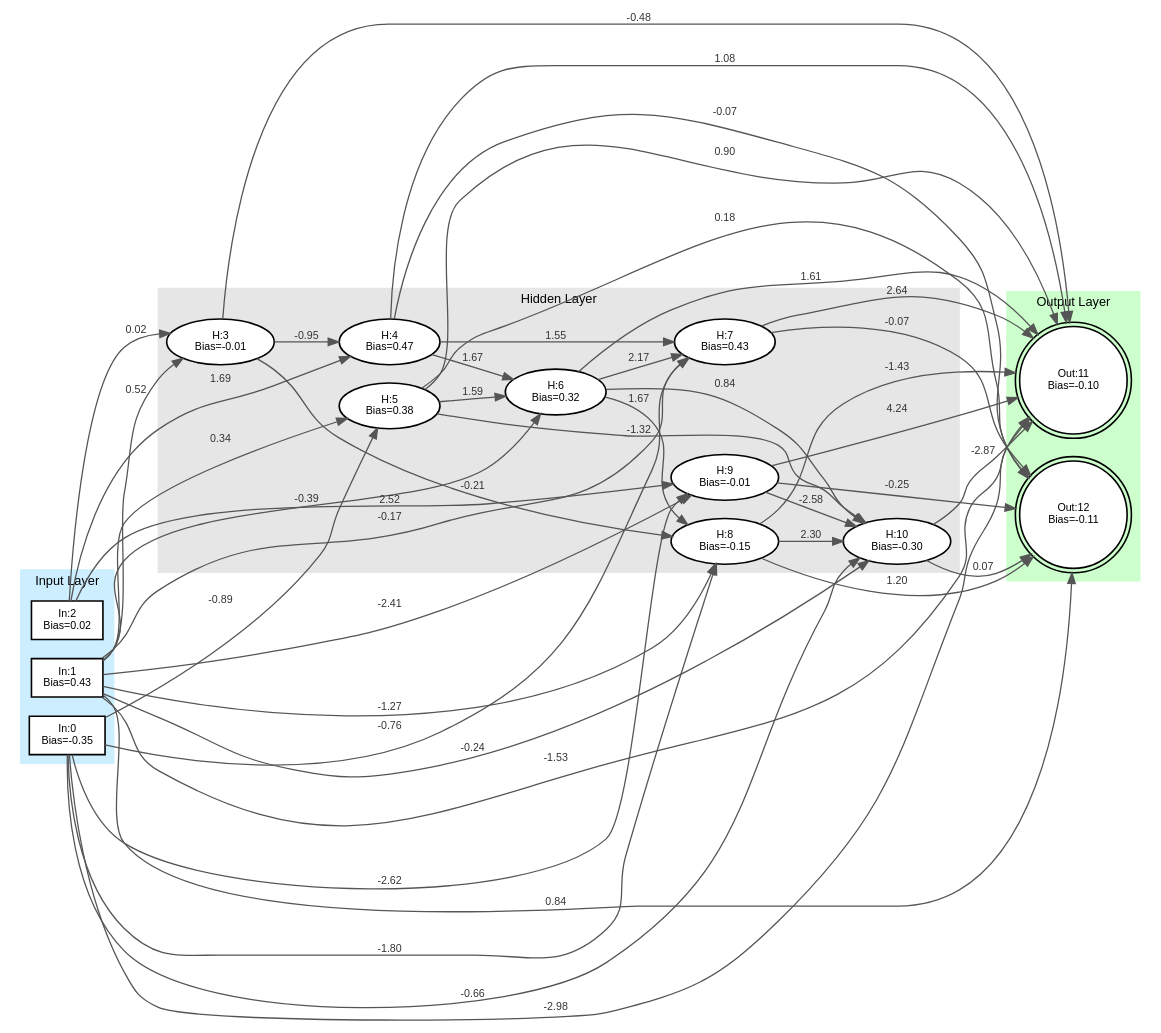
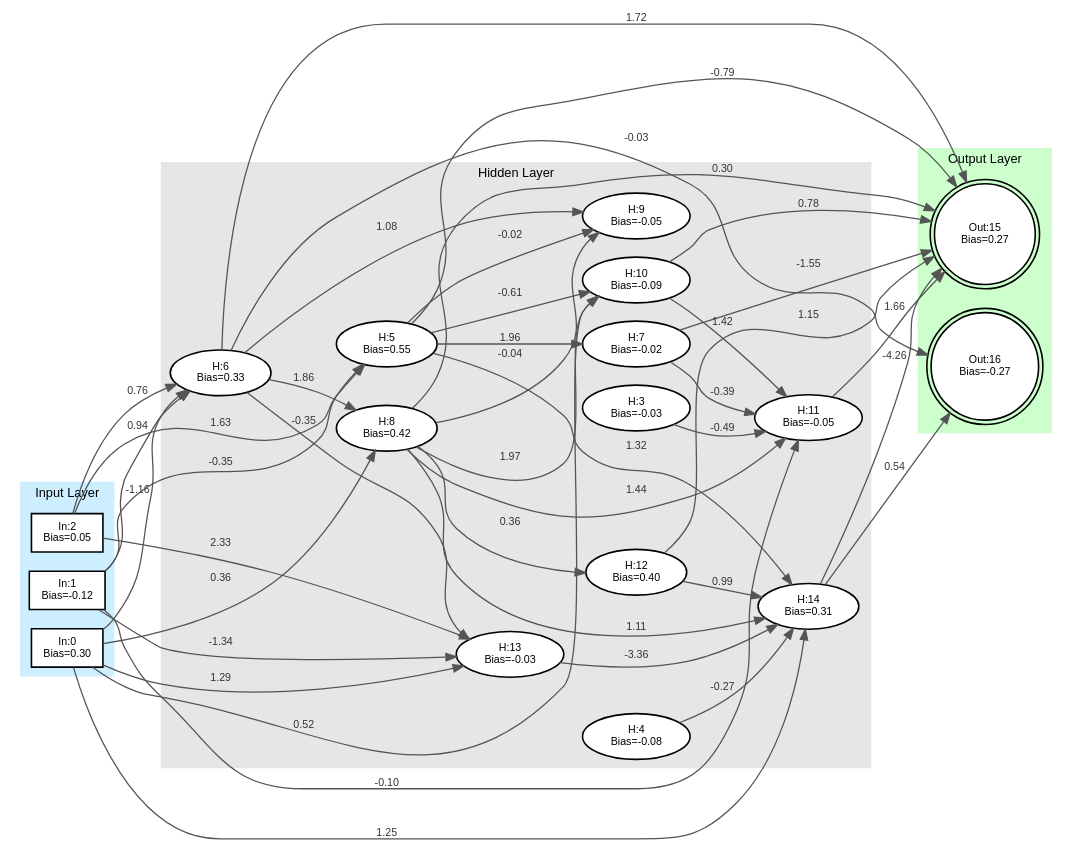
Before and after one commit to Apoxtrophe/MiNET_AI: the diagram in best_network.dot, drawn with Graphviz. The commit also changed 1 other file, not shown here.

```diff
--- a/best_network.dot
+++ b/best_network.dot
@@ -1,95 +1,96 @@
 digraph Minet {
     // Use left-to-right orientation
     rankdir=LR;
     graph [layout=dot, fontname="Helvetica", fontsize=12];
     node [fontname="Helvetica", fontsize=10];
     edge [fontname="Helvetica", fontsize=10];
 
     subgraph cluster_inputs {
         style=filled;
         color="#cceeff";
         penwidth=1.5;
         label="Input Layer";
         labelloc="top";
         labeljust="center";
         rank=same;
-        neuron_0 [shape=box, style=filled, fillcolor=white, penwidth=1.5, label="In:0\nBias=-0.35"];
-        neuron_1 [shape=box, style=filled, fillcolor=white, penwidth=1.5, label="In:1\nBias=0.43"];
-        neuron_2 [shape=box, style=filled, fillcolor=white, penwidth=1.5, label="In:2\nBias=0.02"];
+        neuron_0 [shape=box, style=filled, fillcolor=white, penwidth=1.5, label="In:0\nBias=0.30"];
+        neuron_1 [shape=box, style=filled, fillcolor=white, penwidth=1.5, label="In:1\nBias=-0.12"];
+        neuron_2 [shape=box, style=filled, fillcolor=white, penwidth=1.5, label="In:2\nBias=0.05"];
     }
 
     subgraph cluster_hidden {
         style=filled;
         color="#e6e6e6";
         penwidth=1.5;
         label="Hidden Layer";
         labelloc="top";
         labeljust="center";
-        neuron_3 [shape=ellipse, style=filled, fillcolor=white, penwidth=1.5, label="H:3\nBias=-0.01"];
-        neuron_4 [shape=ellipse, style=filled, fillcolor=white, penwidth=1.5, label="H:4\nBias=0.47"];
-        neuron_5 [shape=ellipse, style=filled, fillcolor=white, penwidth=1.5, label="H:5\nBias=0.38"];
-        neuron_6 [shape=ellipse, style=filled, fillcolor=white, penwidth=1.5, label="H:6\nBias=0.32"];
-        neuron_7 [shape=ellipse, style=filled, fillcolor=white, penwidth=1.5, label="H:7\nBias=0.43"];
-        neuron_8 [shape=ellipse, style=filled, fillcolor=white, penwidth=1.5, label="H:8\nBias=-0.15"];
-        neuron_9 [shape=ellipse, style=filled, fillcolor=white, penwidth=1.5, label="H:9\nBias=-0.01"];
-        neuron_10 [shape=ellipse, style=filled, fillcolor=white, penwidth=1.5, label="H:10\nBias=-0.30"];
+        neuron_3 [shape=ellipse, style=filled, fillcolor=white, penwidth=1.5, label="H:3\nBias=-0.03"];
+        neuron_4 [shape=ellipse, style=filled, fillcolor=white, penwidth=1.5, label="H:4\nBias=-0.08"];
+        neuron_5 [shape=ellipse, style=filled, fillcolor=white, penwidth=1.5, label="H:5\nBias=0.55"];
+        neuron_6 [shape=ellipse, style=filled, fillcolor=white, penwidth=1.5, label="H:6\nBias=0.33"];
+        neuron_7 [shape=ellipse, style=filled, fillcolor=white, penwidth=1.5, label="H:7\nBias=-0.02"];
+        neuron_8 [shape=ellipse, style=filled, fillcolor=white, penwidth=1.5, label="H:8\nBias=0.42"];
+        neuron_9 [shape=ellipse, style=filled, fillcolor=white, penwidth=1.5, label="H:9\nBias=-0.05"];
+        neuron_10 [shape=ellipse, style=filled, fillcolor=white, penwidth=1.5, label="H:10\nBias=-0.09"];
+        neuron_11 [shape=ellipse, style=filled, fillcolor=white, penwidth=1.5, label="H:11\nBias=-0.05"];
+        neuron_12 [shape=ellipse, style=filled, fillcolor=white, penwidth=1.5, label="H:12\nBias=0.40"];
+        neuron_13 [shape=ellipse, style=filled, fillcolor=white, penwidth=1.5, label="H:13\nBias=-0.03"];
+        neuron_14 [shape=ellipse, style=filled, fillcolor=white, penwidth=1.5, label="H:14\nBias=0.31"];
     }
 
     subgraph cluster_outputs {
         style=filled;
         color="#ccffcc";
         penwidth=1.5;
         label="Output Layer";
         labelloc="top";
         labeljust="center";
         rank=same;
-        neuron_11 [shape=doublecircle, style=filled, fillcolor=white, penwidth=1.5, label="Out:11\nBias=-0.10"];
-        neuron_12 [shape=doublecircle, style=filled, fillcolor=white, penwidth=1.5, label="Out:12\nBias=-0.11"];
+        neuron_15 [shape=doublecircle, style=filled, fillcolor=white, penwidth=1.5, label="Out:15\nBias=0.27"];
+        neuron_16 [shape=doublecircle, style=filled, fillcolor=white, penwidth=1.5, label="Out:16\nBias=-0.27"];
     }
 
     // Edges
     edge [color="#555555", penwidth=1.2];
-    neuron_0 -> neuron_9 [label="-2.62", fontcolor="#333333"];
-    neuron_0 -> neuron_8 [label="-1.80", fontcolor="#333333"];
-    neuron_0 -> neuron_10 [label="-0.66", fontcolor="#333333"];
-    neuron_0 -> neuron_11 [label="-2.98", fontcolor="#333333"];
-    neuron_0 -> neuron_5 [label="-0.89", fontcolor="#333333"];
-    neuron_0 -> neuron_7 [label="-0.76", fontcolor="#333333"];
-    neuron_1 -> neuron_9 [label="-2.41", fontcolor="#333333"];
-    neuron_1 -> neuron_6 [label="-0.39", fontcolor="#333333"];
-    neuron_1 -> neuron_3 [label="0.52", fontcolor="#333333"];
-    neuron_1 -> neuron_8 [label="-1.27", fontcolor="#333333"];
-    neuron_1 -> neuron_11 [label="-1.53", fontcolor="#333333"];
-    neuron_1 -> neuron_10 [label="-0.24", fontcolor="#333333"];
-    neuron_1 -> neuron_5 [label="0.34", fontcolor="#333333"];
-    neuron_1 -> neuron_7 [label="-0.17", fontcolor="#333333"];
-    neuron_1 -> neuron_12 [label="0.84", fontcolor="#333333"];
-    neuron_2 -> neuron_9 [label="2.52", fontcolor="#333333"];
-    neuron_2 -> neuron_4 [label="1.69", fontcolor="#333333"];
-    neuron_2 -> neuron_3 [label="0.02", fontcolor="#333333"];
-    neuron_3 -> neuron_4 [label="-0.95", fontcolor="#333333"];
-    neuron_3 -> neuron_8 [label="-0.21", fontcolor="#333333"];
-    neuron_3 -> neuron_11 [label="-0.48", fontcolor="#333333"];
-    neuron_4 -> neuron_6 [label="1.67", fontcolor="#333333"];
-    neuron_4 -> neuron_7 [label="1.55", fontcolor="#333333"];
-    neuron_4 -> neuron_11 [label="1.08", fontcolor="#333333"];
-    neuron_4 -> neuron_12 [label="-0.07", fontcolor="#333333"];
-    neuron_5 -> neuron_11 [label="0.90", fontcolor="#333333"];
-    neuron_5 -> neuron_6 [label="1.59", fontcolor="#333333"];
-    neuron_5 -> neuron_10 [label="-1.32", fontcolor="#333333"];
-    neuron_5 -> neuron_12 [label="0.18", fontcolor="#333333"];
-    neuron_6 -> neuron_8 [label="1.67", fontcolor="#333333"];
-    neuron_6 -> neuron_10 [label="0.84", fontcolor="#333333"];
-    neuron_6 -> neuron_7 [label="2.17", fontcolor="#333333"];
-    neuron_6 -> neuron_11 [label="1.61", fontcolor="#333333"];
-    neuron_7 -> neuron_11 [label="2.64", fontcolor="#333333"];
-    neuron_7 -> neuron_12 [label="-0.07", fontcolor="#333333"];
-    neuron_8 -> neuron_11 [label="-1.43", fontcolor="#333333"];
-    neuron_8 -> neuron_10 [label="2.30", fontcolor="#333333"];
-    neuron_8 -> neuron_12 [label="1.20", fontcolor="#333333"];
-    neuron_9 -> neuron_11 [label="4.24", fontcolor="#333333"];
-    neuron_9 -> neuron_10 [label="-2.58", fontcolor="#333333"];
-    neuron_9 -> neuron_12 [label="-0.25", fontcolor="#333333"];
-    neuron_10 -> neuron_11 [label="-2.87", fontcolor="#333333"];
-    neuron_10 -> neuron_12 [label="0.07", fontcolor="#333333"];
+    neuron_0 -> neuron_13 [label="1.29", fontcolor="#333333"];
+    neuron_0 -> neuron_6 [label="-1.16", fontcolor="#333333"];
+    neuron_0 -> neuron_14 [label="1.25", fontcolor="#333333"];
+    neuron_0 -> neuron_10 [label="0.52", fontcolor="#333333"];
+    neuron_0 -> neuron_8 [label="0.36", fontcolor="#333333"];
+    neuron_1 -> neuron_13 [label="-1.34", fontcolor="#333333"];
+    neuron_1 -> neuron_5 [label="-0.35", fontcolor="#333333"];
+    neuron_1 -> neuron_6 [label="0.94", fontcolor="#333333"];
+    neuron_1 -> neuron_11 [label="-0.10", fontcolor="#333333"];
+    neuron_2 -> neuron_13 [label="2.33", fontcolor="#333333"];
+    neuron_2 -> neuron_5 [label="1.63", fontcolor="#333333"];
+    neuron_2 -> neuron_6 [label="0.76", fontcolor="#333333"];
+    neuron_3 -> neuron_11 [label="-0.49", fontcolor="#333333"];
+    neuron_4 -> neuron_14 [label="-0.27", fontcolor="#333333"];
+    neuron_5 -> neuron_7 [label="1.96", fontcolor="#333333"];
+    neuron_5 -> neuron_9 [label="-0.02", fontcolor="#333333"];
+    neuron_5 -> neuron_14 [label="1.32", fontcolor="#333333"];
+    neuron_5 -> neuron_10 [label="-0.61", fontcolor="#333333"];
+    neuron_5 -> neuron_15 [label="-0.79", fontcolor="#333333"];
+    neuron_6 -> neuron_13 [label="-0.35", fontcolor="#333333"];
+    neuron_6 -> neuron_9 [label="1.08", fontcolor="#333333"];
+    neuron_6 -> neuron_15 [label="1.72", fontcolor="#333333"];
+    neuron_6 -> neuron_8 [label="1.86", fontcolor="#333333"];
+    neuron_6 -> neuron_16 [label="-0.03", fontcolor="#333333"];
+    neuron_7 -> neuron_15 [label="-1.55", fontcolor="#333333"];
+    neuron_7 -> neuron_11 [label="-0.39", fontcolor="#333333"];
+    neuron_8 -> neuron_11 [label="1.44", fontcolor="#333333"];
+    neuron_8 -> neuron_14 [label="1.11", fontcolor="#333333"];
+    neuron_8 -> neuron_10 [label="1.97", fontcolor="#333333"];
+    neuron_8 -> neuron_9 [label="-0.04", fontcolor="#333333"];
+    neuron_8 -> neuron_15 [label="0.30", fontcolor="#333333"];
+    neuron_8 -> neuron_12 [label="0.36", fontcolor="#333333"];
+    neuron_10 -> neuron_15 [label="0.78", fontcolor="#333333"];
+    neuron_10 -> neuron_11 [label="1.42", fontcolor="#333333"];
+    neuron_11 -> neuron_15 [label="1.66", fontcolor="#333333"];
+    neuron_12 -> neuron_15 [label="1.15", fontcolor="#333333"];
+    neuron_12 -> neuron_14 [label="0.99", fontcolor="#333333"];
+    neuron_13 -> neuron_14 [label="-3.36", fontcolor="#333333"];
+    neuron_14 -> neuron_15 [label="-4.26", fontcolor="#333333"];
+    neuron_14 -> neuron_16 [label="0.54", fontcolor="#333333"];
 }
```
